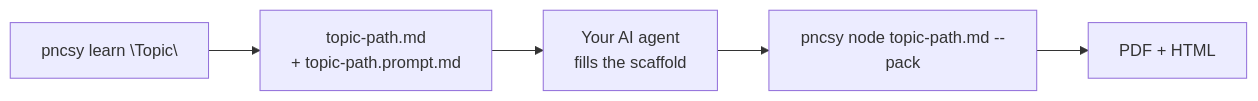
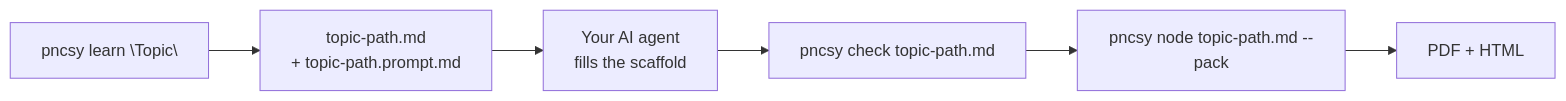
Before and after one commit to kushjaggi/pncsy: the diagram in README.md, drawn with Mermaid. The commit also changed other lines of this file and 9 other files, not shown here.

First line of the commit message:
feat: add pncsy check to verify filled learning paths

````diff
--- a/README.md
+++ b/README.md
@@ -38,7 +38,8 @@
 ```mermaid
 flowchart LR
   A["pncsy learn \"Topic\""] --> B["topic-path.md\n+ topic-path.prompt.md"]
   B --> C["Your AI agent\nfills the scaffold"]
-  C --> D["pncsy node topic-path.md --pack"]
-  D --> E["PDF + HTML"]
+  C --> D["pncsy check topic-path.md"]
+  D --> E["pncsy node topic-path.md --pack"]
+  E --> F["PDF + HTML"]
 ```
````
